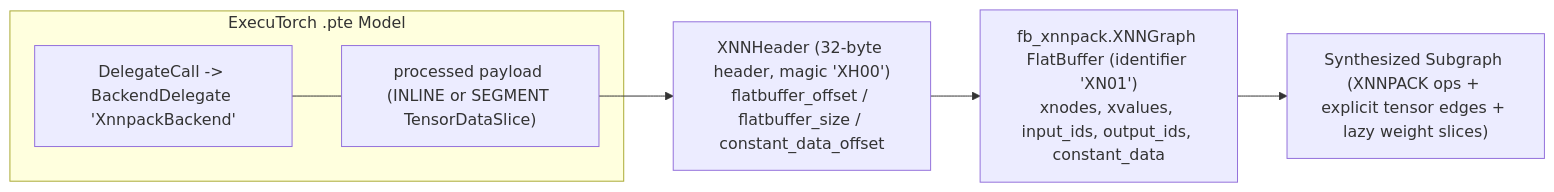
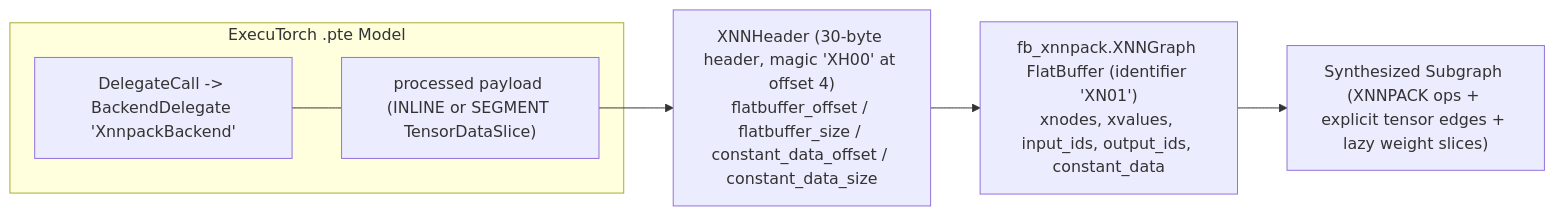
One commit to Artanis1551/dot-node-viewer changed the diagram in docs/wishes/W11-executorch-xnnpack-delegate-unwrapping.md. Above: the diagram before and after it, drawn with Mermaid. The commit also changed other lines of this file and 2 other files, not shown here.

Commit message:
docs(wishes): fix XNNHeader layout/attribute name in W11 and IR type references in W12/W13

````diff
--- a/docs/wishes/W11-executorch-xnnpack-delegate-unwrapping.md
+++ b/docs/wishes/W11-executorch-xnnpack-delegate-unwrapping.md
@@ -19,12 +19,12 @@
 ```mermaid
 flowchart LR
     subgraph PTE["ExecuTorch .pte Model"]
         DC["DelegateCall -> BackendDelegate 'XnnpackBackend'"]
         PL["processed payload (INLINE or SEGMENT TensorDataSlice)"]
         DC --- PL
     end
 
-    PL --> HDR["XNNHeader (32-byte header, magic 'XH00')\nflatbuffer_offset / flatbuffer_size / constant_data_offset"]
+    PL --> HDR["XNNHeader (30-byte header, magic 'XH00' at offset 4)\nflatbuffer_offset / flatbuffer_size / constant_data_offset / constant_data_size"]
     HDR --> FB["fb_xnnpack.XNNGraph FlatBuffer (identifier 'XN01')\nxnodes, xvalues, input_ids, output_ids, constant_data"]
     FB --> SG["Synthesized Subgraph (XNNPACK ops + explicit tensor edges + lazy weight slices)"]
 ```
````
